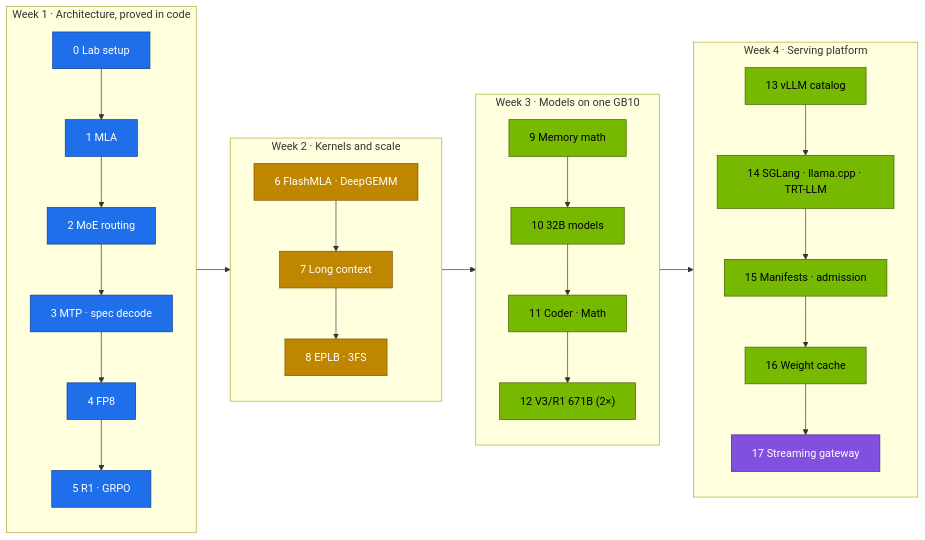
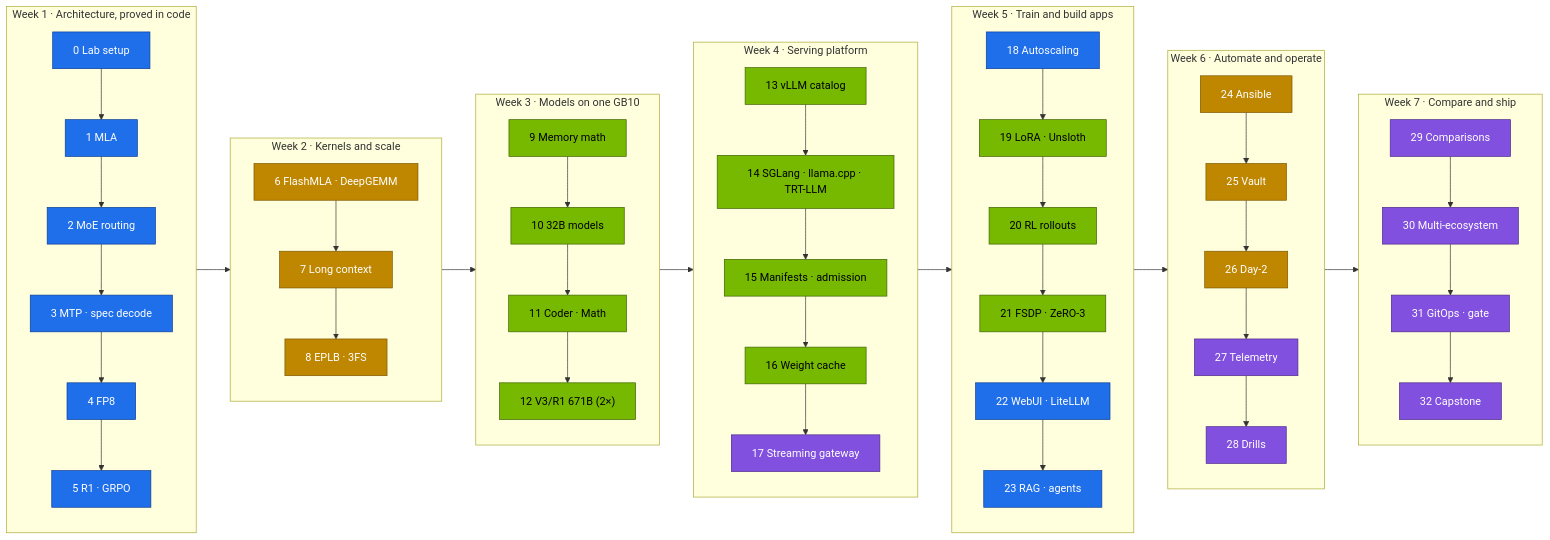
The diagram in 03 DeepSeek/00-deepseek-step-by-step-guide.md (cloudone365/technical-depth), drawn with Mermaid before and after one commit. The commit also changed other lines of this file and 7 other files, not shown here.

First line of the commit message:
03 DeepSeek: README, production MLOps (Argo CD apps, serving pointer, PostSync eval gate), complete step-by-step guide, lab README

````diff
--- a/03 DeepSeek/00-deepseek-step-by-step-guide.md
+++ b/03 DeepSeek/00-deepseek-step-by-step-guide.md
@@ -7,25 +5,38 @@
 ```mermaid
 flowchart LR
   subgraph W1["Week 1 · Architecture, proved in code"]
     A0["0 Lab setup"] --> A1["1 MLA"] --> A2["2 MoE routing"] --> A3["3 MTP · spec decode"] --> A4["4 FP8"] --> A5["5 R1 · GRPO"]
   end
   subgraph W2["Week 2 · Kernels and scale"]
     B1["6 FlashMLA · DeepGEMM"] --> B2["7 Long context"] --> B3["8 EPLB · 3FS"]
   end
   subgraph W3["Week 3 · Models on one GB10"]
     C1["9 Memory math"] --> C2["10 32B models"] --> C3["11 Coder · Math"] --> C4["12 V3/R1 671B (2×)"]
   end
   subgraph W4["Week 4 · Serving platform"]
     D1["13 vLLM catalog"] --> D2["14 SGLang · llama.cpp · TRT-LLM"] --> D3["15 Manifests · admission"] --> D4["16 Weight cache"] --> D5["17 Streaming gateway"]
   end
-  W1 --> W2 --> W3 --> W4
+  subgraph W5["Week 5 · Train and build apps"]
+    E1["18 Autoscaling"] --> E2["19 LoRA · Unsloth"] --> E3["20 RL rollouts"] --> E4["21 FSDP · ZeRO-3"] --> E5["22 WebUI · LiteLLM"] --> E6["23 RAG · agents"]
+  end
+  subgraph W6["Week 6 · Automate and operate"]
+    F1["24 Ansible"] --> F2["25 Vault"] --> F3["26 Day-2"] --> F4["27 Telemetry"] --> F5["28 Drills"]
+  end
+  subgraph W7["Week 7 · Compare and ship"]
+    G1["29 Comparisons"] --> G2["30 Multi-ecosystem"] --> G3["31 GitOps · gate"] --> G4["32 Capstone"]
+  end
+  W1 --> W2 --> W3 --> W4 --> W5 --> W6 --> W7
   classDef ctrl fill:#1f6feb,stroke:#0b3d91,color:#fff
   classDef gpu fill:#76b900,stroke:#3d6000,color:#000
   classDef store fill:#bf8700,stroke:#7a5600,color:#fff
   classDef net fill:#8250df,stroke:#4c2889,color:#fff
   class A0,A1,A2,A3,A4,A5 ctrl
   class B1,B2,B3 store
   class C1,C2,C3,C4 gpu
   class D1,D2,D3,D4 gpu
   class D5 net
+  class E1,E5,E6 ctrl
+  class E2,E3,E4 gpu
+  class F1,F2,F3 store
+  class F4,F5,G1,G2,G3,G4 net
 ```
````
